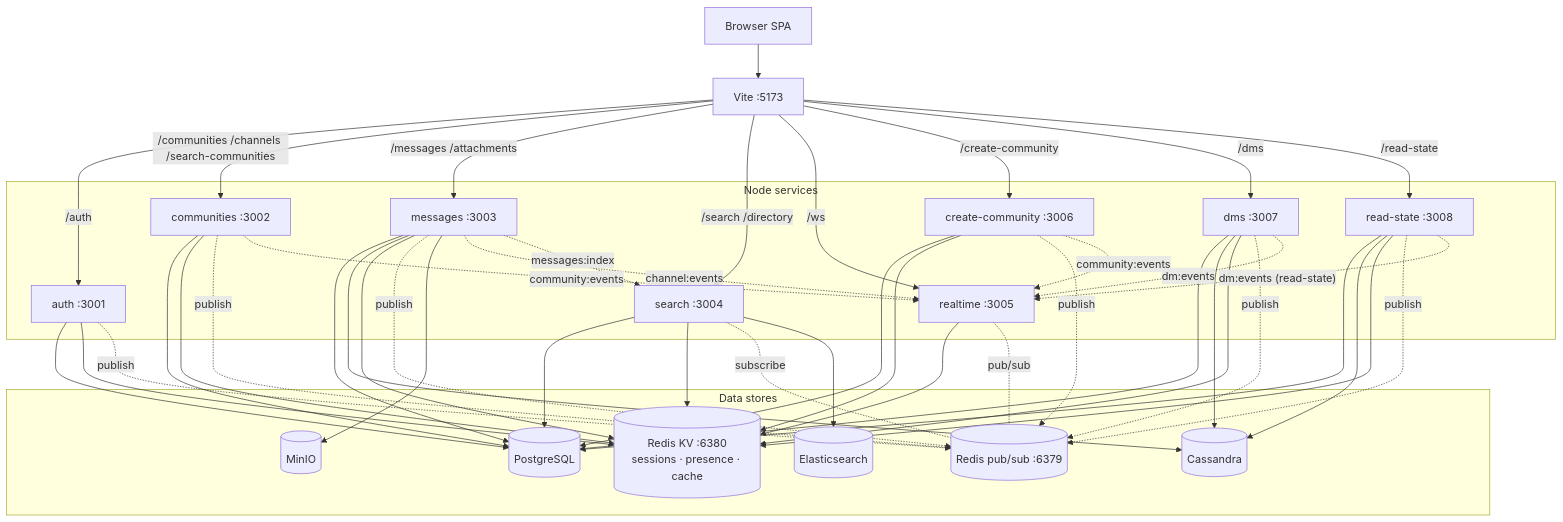
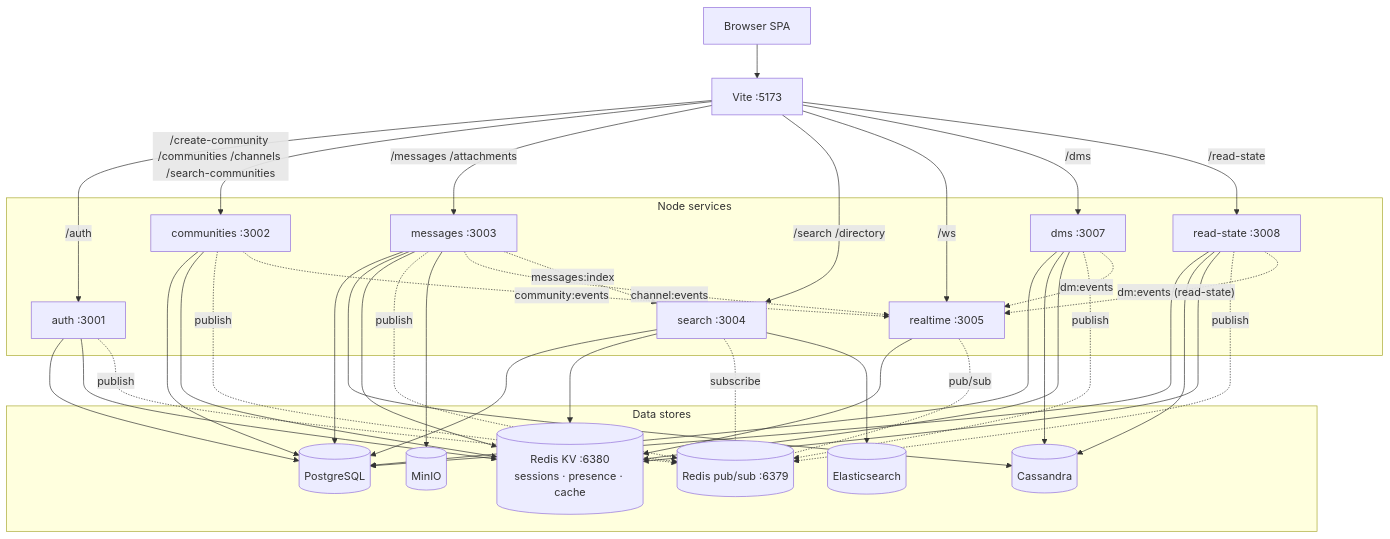
One commit to ja963mes/CSE356-Discord-Term-Project changed the first of 2 diagrams in README.md. Above: the diagram before and after it, drawn with Mermaid. The commit also changed other lines of this file and 37 other files, not shown here.

````diff
--- a/README.md
+++ b/README.md
@@ -20,70 +20,64 @@
 ```mermaid
 flowchart TB
   Browser[Browser SPA] --> Vite[Vite :5173]
 
   subgraph svc [Node services]
     A[auth :3001]
     C[communities :3002]
     M[messages :3003]
     S[search :3004]
     R[realtime :3005]
-    CC[create-community :3006]
     D[dms :3007]
     RS[read-state :3008]
   end
 
   subgraph data [Data stores]
     PG[(PostgreSQL)]
     RDP[(Redis pub/sub :6379)]
     RDK[(Redis KV :6380<br/>sessions · presence · cache)]
     CAS[(Cassandra)]
     ES[(Elasticsearch)]
     S3[(MinIO)]
   end
 
   Vite -->|/auth| A
-  Vite -->|/communities /channels /search-communities| C
+  Vite -->|/create-community /communities /channels /search-communities| C
   Vite -->|/messages /attachments| M
   Vite -->|/search /directory| S
   Vite -->|/ws| R
-  Vite -->|/create-community| CC
   Vite -->|/dms| D
   Vite -->|/read-state| RS
 
   A --> PG
   A --> RDK
   A -. publish .-> RDP
   C --> PG
   C --> RDK
   C -. publish .-> RDP
-  CC --> PG
-  CC --> RDK
-  CC -. publish .-> RDP
   M --> PG
   M --> CAS
   M --> RDK
   M -. publish .-> RDP
   M --> S3
   D --> PG
   D --> CAS
   D --> RDK
   D -. publish .-> RDP
   S --> PG
   S --> RDK
   S -. subscribe .- RDP
   S --> ES
   R --> RDK
   R -. pub/sub .- RDP
   RS --> PG
   RS --> CAS
   RS --> RDK
   RS -. publish .-> RDP
 
   %% pub/sub fanout: publishers (dotted) -> realtime + search indexer
   M -. channel:events .-> R
   M -. messages:index .-> S
   D -. dm:events .-> R
   C -. community:events .-> R
-  CC -. community:events .-> R
   RS -. dm:events (read-state) .-> R
 ```
````
